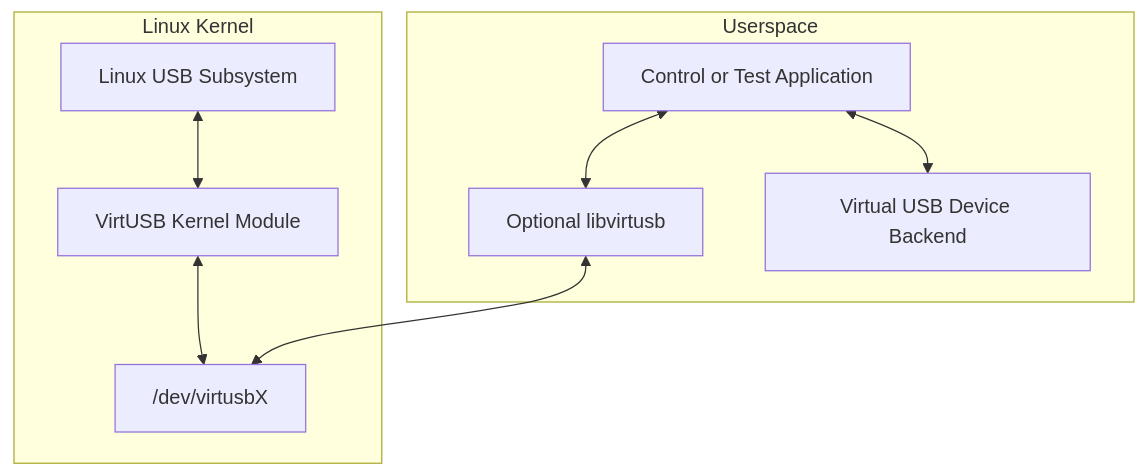
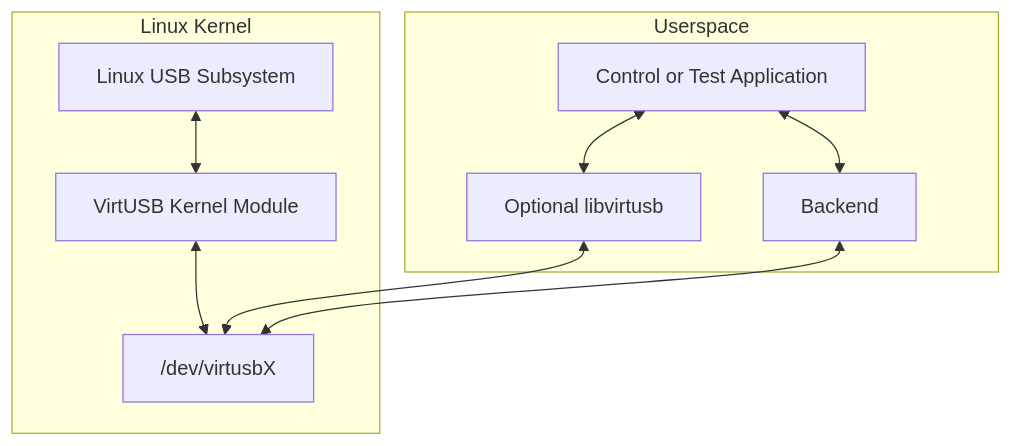
One commit to RomanBuchert/VirtUSB changed the eighth of 8 diagrams in doc/architecture/system-overview.md. Above: the diagram before and after it, drawn with Mermaid. The commit also changed other lines of this file and 6 other files, not shown here.

First line of the commit message:
docs: refine architecture and requirements documentation (WIP)

````diff
--- a/doc/architecture/system-overview.md
+++ b/doc/architecture/system-overview.md
@@ -360,21 +561,22 @@
 ```mermaid
 flowchart TB
    subgraph kernel["Linux Kernel"]
+      usb["Linux USB Subsystem"]
       module["VirtUSB Kernel Module"]
-      usb["Linux USB Subsystem"]
       devnode["/dev/virtusbX"]
 
       usb <--> module
       module <--> devnode
    end
 
    subgraph userspace["Userspace"]
-      lib["Optional libvirtusb"]
-      app["Control or Test Application"]
-      backend["Virtual USB Device Backend"]
+      library["Optional libvirtusb"]
+      control["Control or Test Application"]
+      backend["Backend"]
 
-      app <--> lib
-      lib <--> devnode
-      app <--> backend
+      control <--> library
+      library <--> devnode
+      control <--> backend
+      backend <--> devnode
    end
 ```
````
